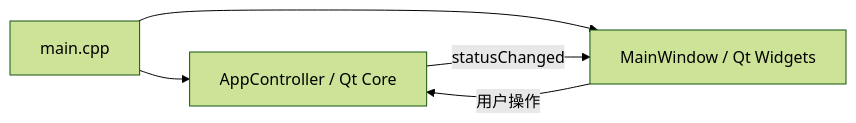
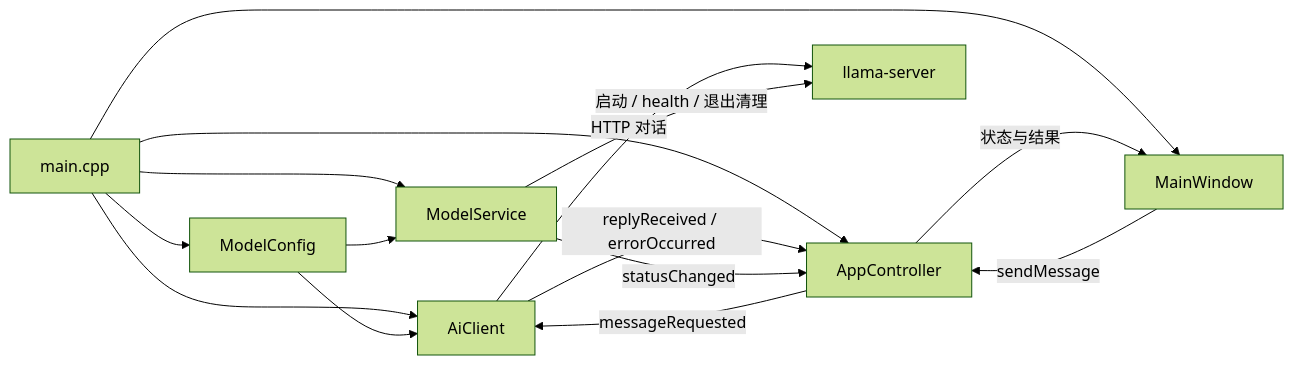
One commit to liuwentao12/Zoey changed the diagram in docs/architecture.md. Above: the diagram before and after it, drawn with Mermaid (forest theme). The commit also changed other lines of this file and 16 other files, not shown here.

````diff
--- a/docs/architecture.md
+++ b/docs/architecture.md
@@ -30,7 +30,17 @@
 ```mermaid
 flowchart LR
-    Entry[main.cpp] --> Controller[AppController / Qt Core]
-    Entry --> Window[MainWindow / Qt Widgets]
-    Window -->|用户操作| Controller
-    Controller -->|statusChanged| Window
+    Entry[main.cpp] --> Config[ModelConfig]
+    Entry --> Window[MainWindow]
+    Entry --> Core[AppController]
+    Entry --> Client[AiClient]
+    Entry --> Service[ModelService]
+    Config --> Client
+    Config --> Service
+    Window -->|sendMessage| Core
+    Core -->|messageRequested| Client
+    Client -->|HTTP 对话| Server[llama-server]
+    Client -->|replyReceived / errorOccurred| Core
+    Core -->|状态与结果| Window
+    Service -->|启动 / health / 退出清理| Server
+    Service -->|statusChanged| Core
 ```
````
